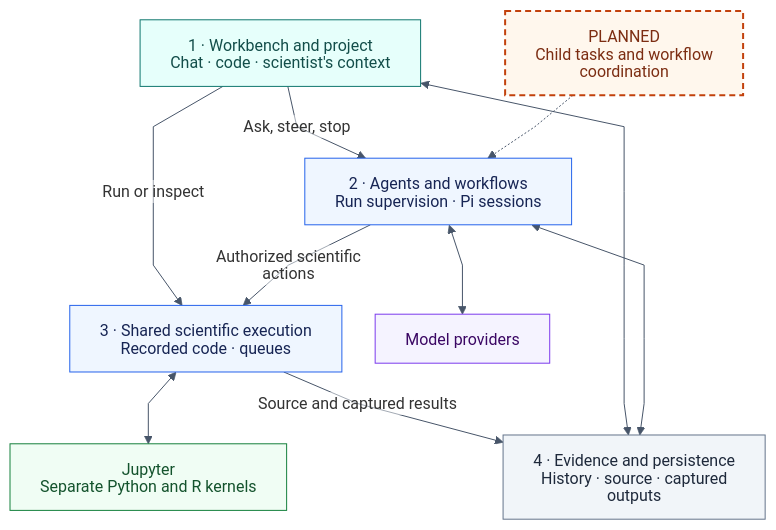
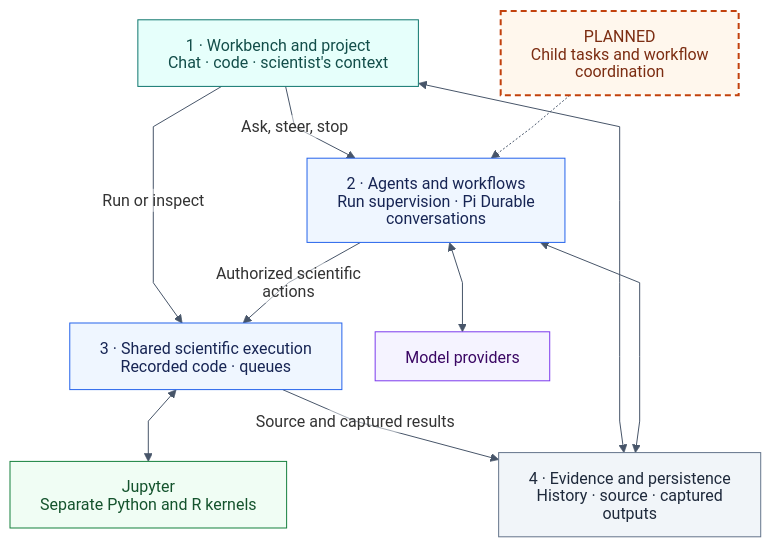
Before and after one commit to carl-stone/biologue: the first of 5 diagrams in ARCHITECTURE.md, drawn with Mermaid. The commit also changed other lines of this file and 21 other files, not shown here.

````diff
--- a/ARCHITECTURE.md
+++ b/ARCHITECTURE.md
@@ -30,34 +30,34 @@
 ```mermaid
 %%{init: {"theme":"base","htmlLabels":false,"markdownAutoWrap":false,"themeVariables":{"fontFamily":"Arial, sans-serif","lineColor":"#475569","edgeLabelBackground":"#FFFFFF"},"flowchart":{"htmlLabels":false,"curve":"linear","nodeSpacing":30,"rankSpacing":40,"wrappingWidth":240,"minNodeWidth":200}}}%%
 flowchart TB
     Workbench["1 · Workbench and project<br/>Chat · code · scientist's context"]
-    Agents["2 · Agents and workflows<br/>Run supervision · Pi sessions"]
+    Agents["2 · Agents and workflows<br/>Run supervision · Pi Durable conversations"]
     Execution["3 · Shared scientific execution<br/>Recorded code · queues"]
     Evidence["4 · Evidence and persistence<br/>History · source · captured outputs"]
     Models["Model providers"]
     Runtime["Jupyter<br/>Separate Python and R kernels"]
     Multi["PLANNED<br/>Child tasks and workflow coordination"]
 
     Workbench -->|"Ask, steer, stop"| Agents
     Workbench -->|"Run or inspect"| Execution
     Agents -->|"Authorized scientific actions"| Execution
     Agents <--> Models
     Execution <--> Runtime
     Execution -->|"Source and captured results"| Evidence
     Workbench <--> Evidence
     Agents <--> Evidence
     Multi -.-> Agents
 
     classDef workbench fill:#E6FFFB,stroke:#0F766E,color:#134E4A
     classDef app fill:#EFF6FF,stroke:#2563EB,color:#172554
     classDef pi fill:#F5F3FF,stroke:#7C3AED,color:#3B0764
     classDef runtime fill:#F0FDF4,stroke:#15803D,color:#14532D
     classDef storage fill:#F1F5F9,stroke:#64748B,color:#1E293B
     classDef planned fill:#FFF7ED,stroke:#C2410C,color:#7C2D12,stroke-width:2px,stroke-dasharray:6 4
     class Workbench workbench
     class Agents,Execution app
     class Models pi
     class Runtime runtime
     class Evidence storage
     class Multi planned
 ```
````
